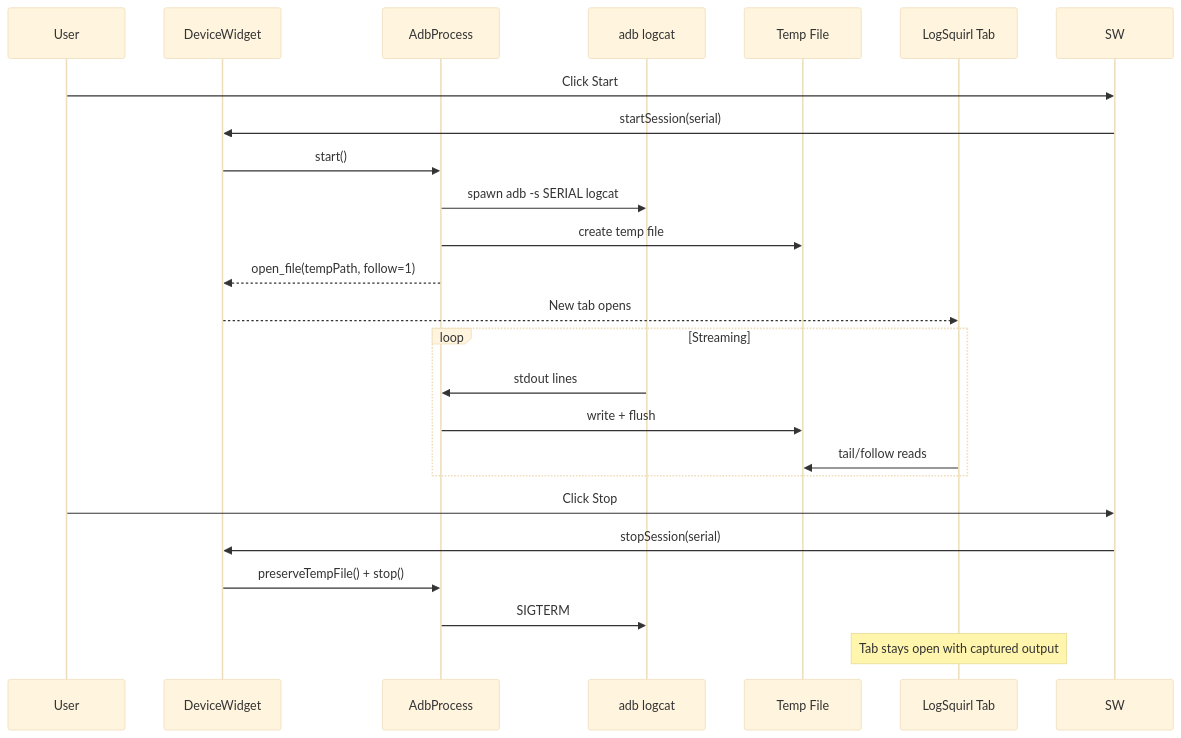
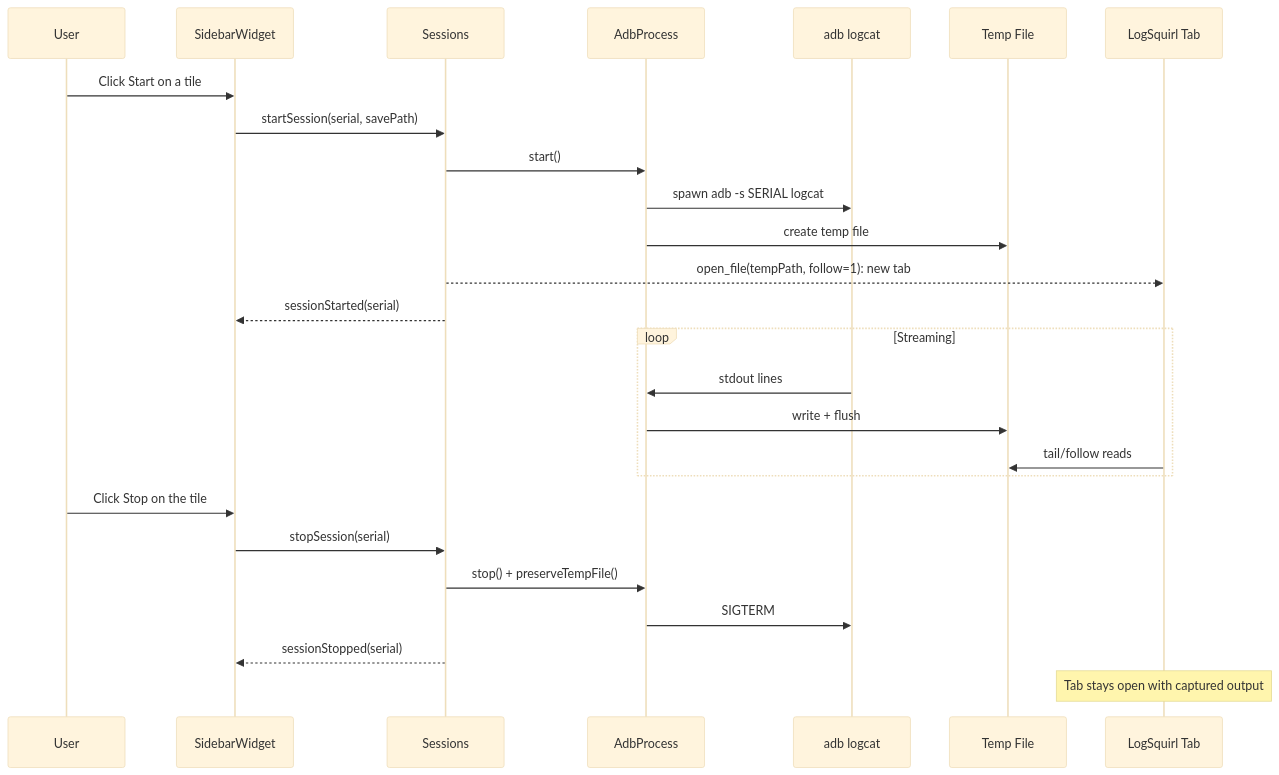
One commit to 64x-lunicorn/LogSquirl-Logcat changed the second of 3 diagrams in README.md. Above: the diagram before and after it, drawn with Mermaid (base theme). The commit also changed other lines of this file and 27 other files, not shown here.

First line of the commit message:
Sessions apart from the dialog, one tile per device, live details with Rotate (#47, #48, #49) (#53)

````diff
--- a/README.md
+++ b/README.md
@@ -216,27 +263,29 @@
 ```mermaid
 sequenceDiagram
     participant User
-    participant DW as DeviceWidget
+    participant SW as SidebarWidget
+    participant S as Sessions
     participant AP as AdbProcess
     participant ADB as adb logcat
     participant TF as Temp File
     participant LS as LogSquirl Tab
 
-    User->>SW: Click Start
-    SW->>DW: startSession(serial)
-    DW->>AP: start()
+    User->>SW: Click Start on a tile
+    SW->>S: startSession(serial, savePath)
+    S->>AP: start()
     AP->>ADB: spawn adb -s SERIAL logcat
     AP->>TF: create temp file
-    AP-->>DW: open_file(tempPath, follow=1)
-    DW-->>LS: New tab opens
+    S-->>LS: open_file(tempPath, follow=1): new tab
+    S-->>SW: sessionStarted(serial)
     loop Streaming
         ADB->>AP: stdout lines
         AP->>TF: write + flush
         LS->>TF: tail/follow reads
     end
-    User->>SW: Click Stop
-    SW->>DW: stopSession(serial)
-    DW->>AP: preserveTempFile() + stop()
+    User->>SW: Click Stop on the tile
+    SW->>S: stopSession(serial)
+    S->>AP: stop() + preserveTempFile()
     AP->>ADB: SIGTERM
+    S-->>SW: sessionStopped(serial)
     Note over LS: Tab stays open with captured output
 ```
````
